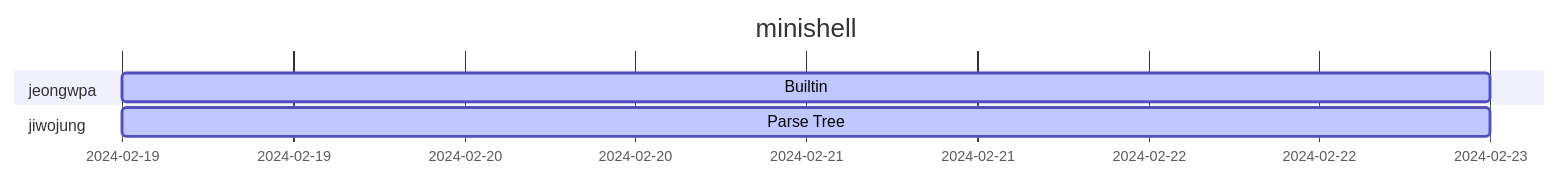
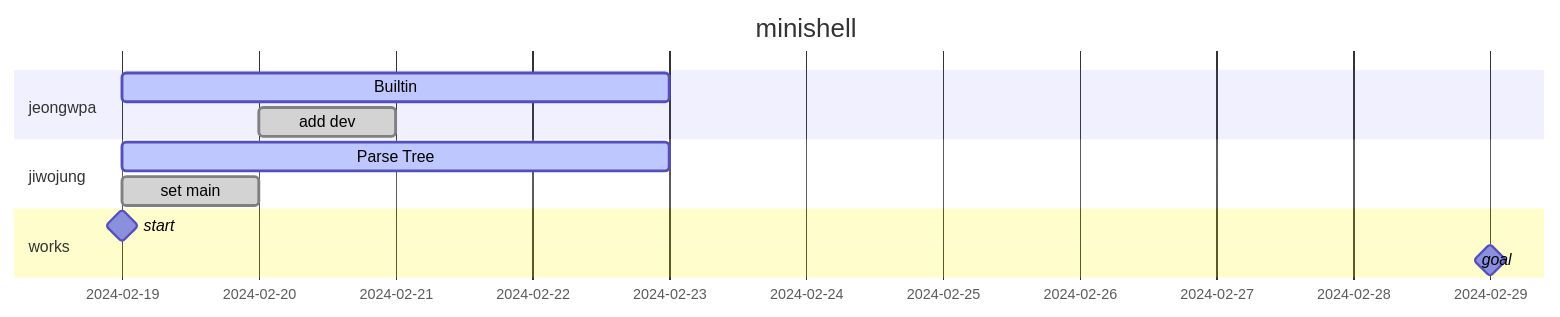
Before and after one commit to shelldivers/minishell: the first of 2 diagrams in README.md, drawn with Mermaid. The commit also changed other lines of this file, not shown here.

Commit message:
add main workflow and descripter

````diff
--- a/README.md
+++ b/README.md
@@ -16,12 +30,17 @@
 ```mermaid
 gantt
 dateFormat YYYY-MM-DD
 title minishell
 
 section jeongwpa
-	Builtin : active, des1, 2024-02-19, 2024-02-23
+	Builtin : active, 2024-02-19, 2024-02-23
+	add dev : done, 2024-02-20, 1d
 
 section jiwojung
-	Parse Tree : active, des1, 2024-02-19, 2024-02-23
+	Parse Tree : active, 2024-02-19, 2024-02-23
+	set main : done, 2024-02-19, 1d
 
+section works
+	start : milestone, 2024-02-19, 0d
+	goal : milestone, 2024-02-29, 0d
 ```
````
